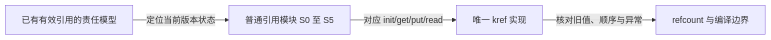
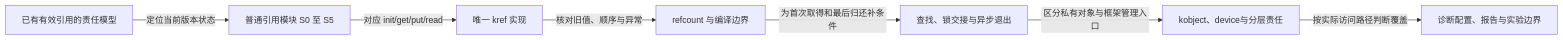
Before and after one commit to FormingSystem/linux_note: the diagram in research/source_reading/kref/大纲.md, drawn with Mermaid. The commit also changed other lines of this file and 2 other files, not shown here.

````diff
--- a/research/source_reading/kref/大纲.md
+++ b/research/source_reading/kref/大纲.md
@@ -17,6 +17,9 @@
 ```mermaid
 flowchart LR
     A["已有有效引用的责任模型"] -->|"定位当前版本状态"| B["普通引用模块 S0 至 S5"]
     B -->|"对应 init/get/put/read"| C["唯一 kref 实现"]
     C -->|"核对旧值、顺序与异常"| D["refcount 与编译边界"]
+    D -->|"为首次取得和最后归还补条件"| E["查找、锁交接与异步退出"]
+    E -->|"区分私有对象与框架管理入口"| F["kobject、device与分层责任"]
+    F -->|"按实际访问路径判断覆盖"| G["诊断配置、报告与实验边界"]
 ```
````
